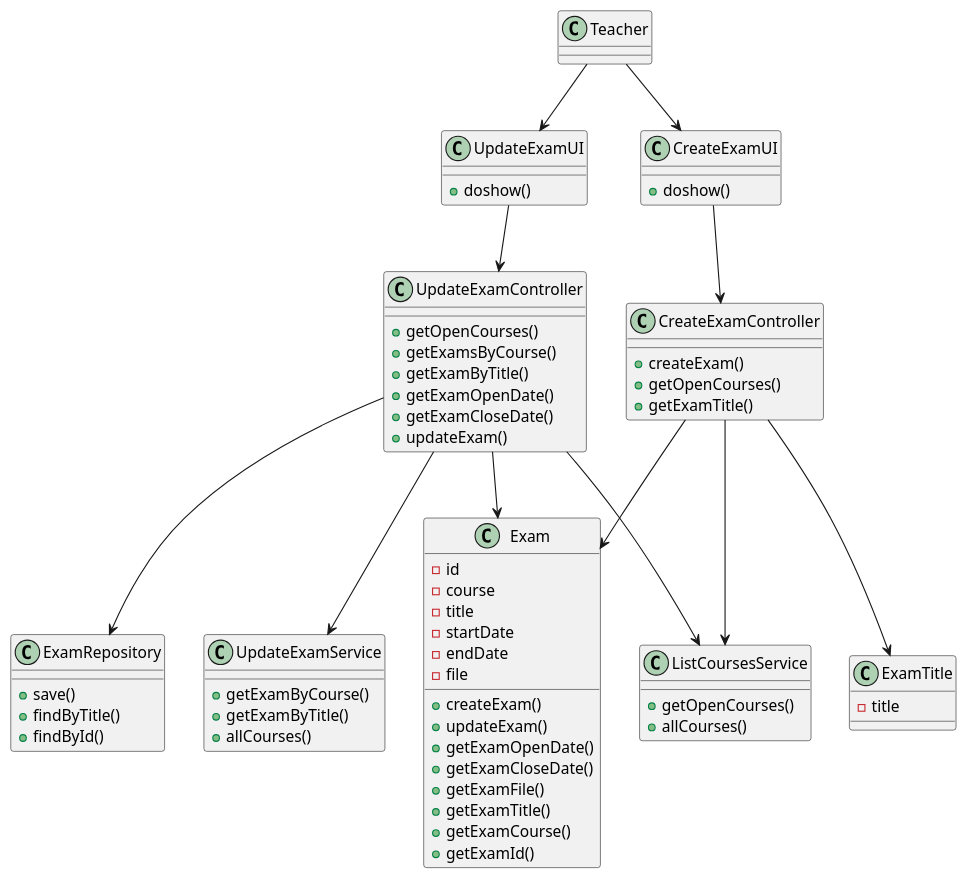
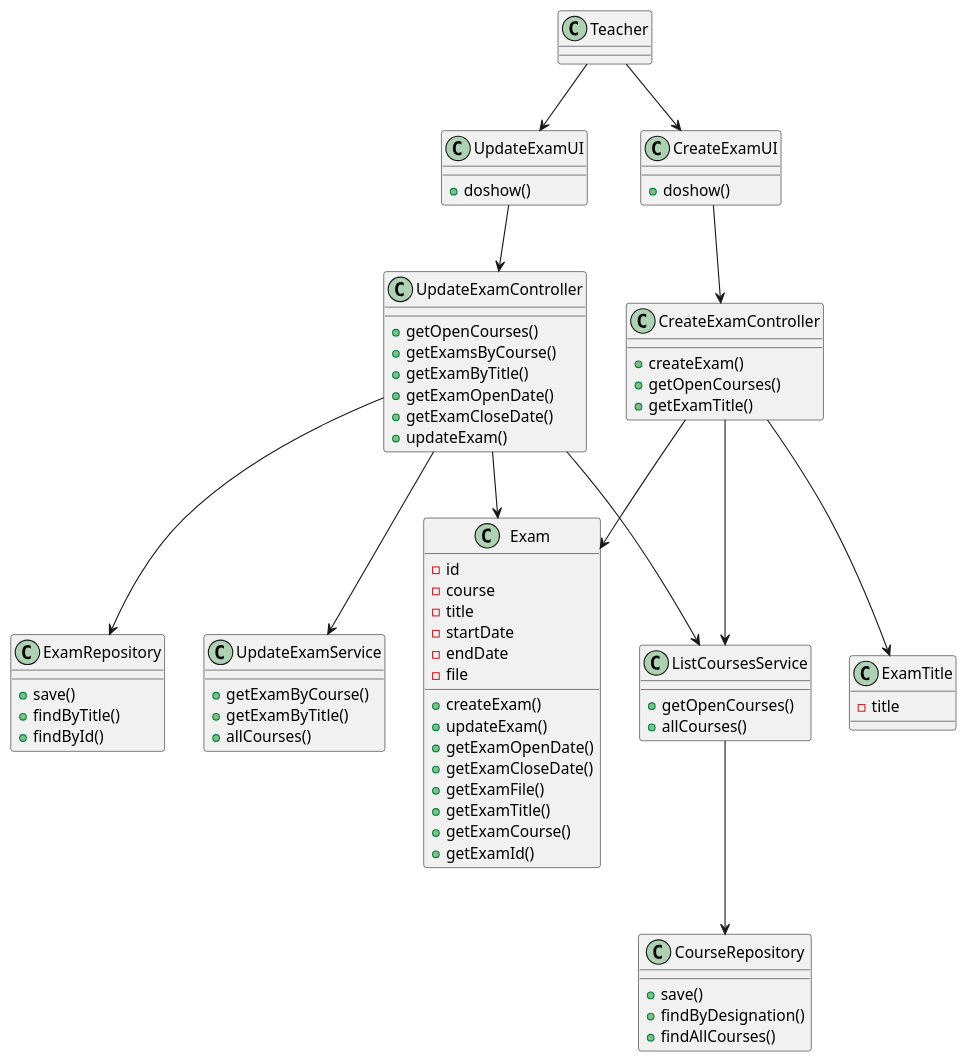
The diagram in docs/SPRINT B/US2001 - Create or Update an Exam/US2001-CD.puml (mascenso/isep-sem4-lapr4), drawn with PlantUML before and after one commit. The commit also changed 35 other files, not shown here.

```diff
--- a/docs/SPRINT B/US2001 - Create or Update an Exam/US2001-CD.puml
+++ b/docs/SPRINT B/US2001 - Create or Update an Exam/US2001-CD.puml
@@ -1,76 +1,84 @@
 @startuml
 
 class Teacher
 class CreateExamUI {
     +doshow()
 }
 
 class UpdateExamUI {
     +doshow()
 }
 class UpdateExamController {
     +getOpenCourses()
     +getExamsByCourse()
     +getExamByTitle()
     +getExamOpenDate()
     +getExamCloseDate()
     +updateExam()
 }
 
 class ListCoursesService {
     +getOpenCourses()
     +allCourses()
 }
 
 class UpdateExamService {
     +getExamByCourse()
     +getExamByTitle()
     +allCourses()
 }
 
 
 class CreateExamController {
     +createExam()
     +getOpenCourses()
     +getExamTitle()
 }
 class ExamTitle {
     -title
 }
 
 class Exam {
     -id
     -course
     -title
     -startDate
     -endDate
     -file
     +createExam()
     +updateExam()
     +getExamOpenDate()
     +getExamCloseDate()
     +getExamFile()
     +getExamTitle()
     +getExamCourse()
     +getExamId()
 }
 class ExamRepository {
     +save()
     +findByTitle()
     +findById()
 }
 
+class CourseRepository {
+    +save()
+    +findByDesignation()
+    +findAllCourses()
+}
+
 Teacher --> UpdateExamUI
 UpdateExamUI-->UpdateExamController
 UpdateExamController-->ListCoursesService
 UpdateExamController-->UpdateExamService
 UpdateExamController-->Exam
 UpdateExamController-->ExamRepository
 
 Teacher --> CreateExamUI
 CreateExamUI-->CreateExamController
 CreateExamController-->ListCoursesService
 CreateExamController-->ExamTitle
 CreateExamController-->Exam
 
+ListCoursesService-->CourseRepository
+
 @enduml
```
